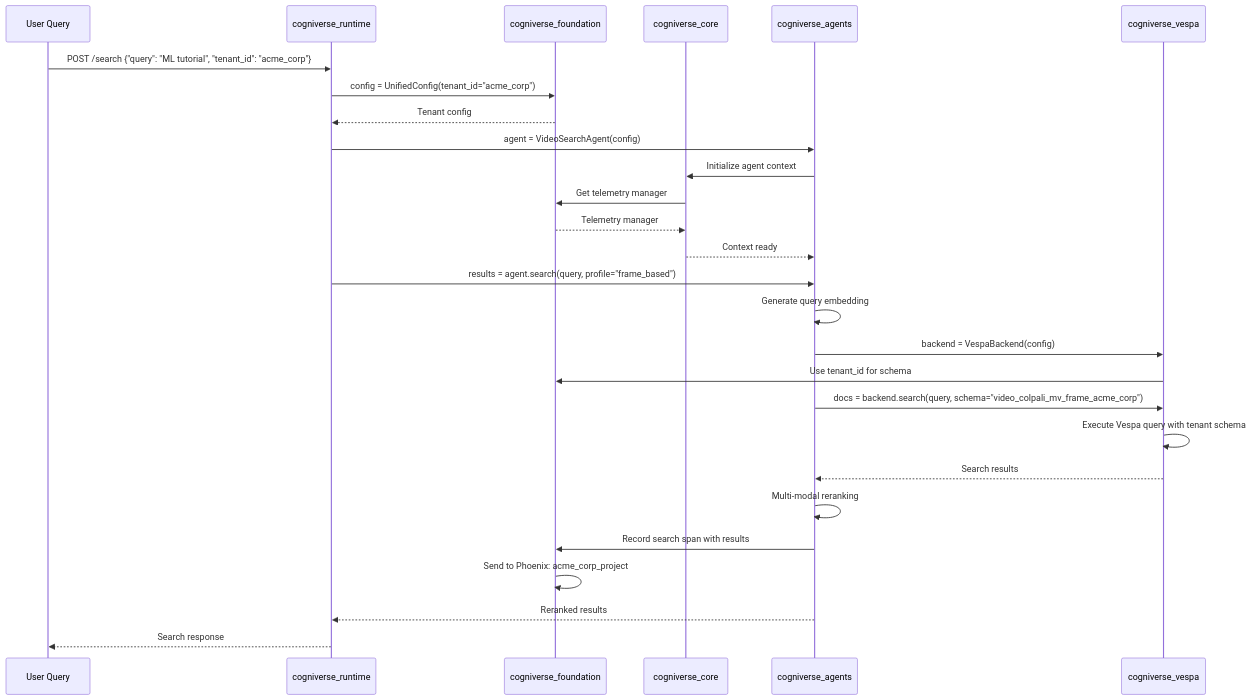
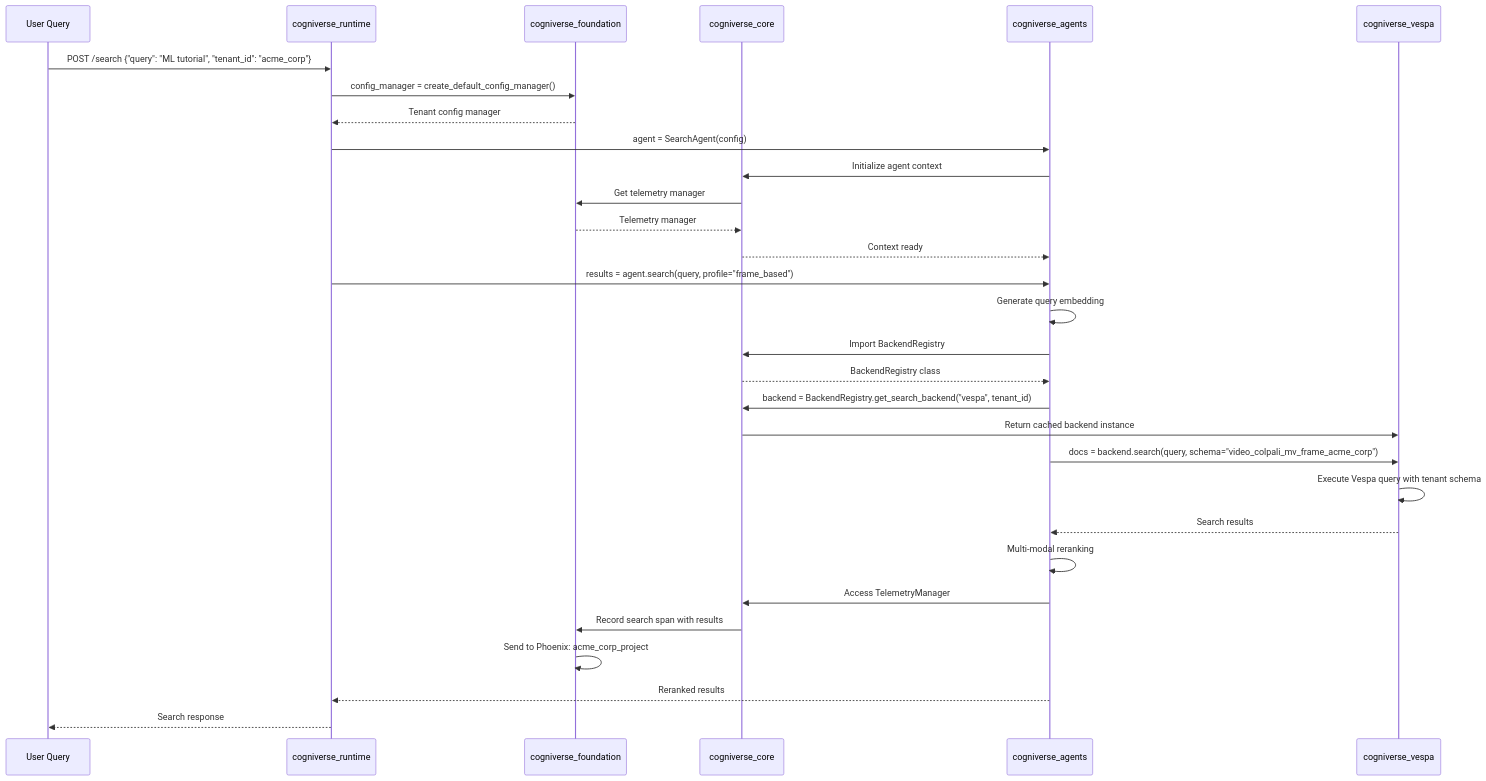
Before and after one commit to amit-jain/cogniverse: the tenth of 17 diagrams in docs/diagrams/sdk-architecture-diagrams.md, drawn with Mermaid. The commit also changed other lines of this file and 83 other files, not shown here.

First line of the commit message:
Fix documentation veracity, formatting, and diagrams across all modules

````diff
--- a/docs/diagrams/sdk-architecture-diagrams.md
+++ b/docs/diagrams/sdk-architecture-diagrams.md
@@ -508,38 +478,42 @@
 ```mermaid
 sequenceDiagram
     participant User as User Query
     participant Runtime as cogniverse_runtime
     participant Foundation as cogniverse_foundation
     participant Core as cogniverse_core
     participant Agents as cogniverse_agents
     participant Vespa as cogniverse_vespa
 
     User->>Runtime: POST /search {"query": "ML tutorial", "tenant_id": "acme_corp"}
 
-    Runtime->>Foundation: config = UnifiedConfig(tenant_id="acme_corp")
-    Foundation-->>Runtime: Tenant config
+    Runtime->>Foundation: config_manager = create_default_config_manager()
+    Foundation-->>Runtime: Tenant config manager
 
-    Runtime->>Agents: agent = VideoSearchAgent(config)
+    Runtime->>Agents: agent = SearchAgent(config)
     Agents->>Core: Initialize agent context
     Core->>Foundation: Get telemetry manager
     Foundation-->>Core: Telemetry manager
     Core-->>Agents: Context ready
 
     Runtime->>Agents: results = agent.search(query, profile="frame_based")
 
     Agents->>Agents: Generate query embedding
 
-    Agents->>Vespa: backend = VespaBackend(config)
-    Vespa->>Foundation: Use tenant_id for schema
+    Agents->>Core: Import BackendRegistry
+    Core-->>Agents: BackendRegistry class
+
+    Agents->>Core: backend = BackendRegistry.get_search_backend("vespa", tenant_id)
+    Core->>Vespa: Return cached backend instance
 
     Agents->>Vespa: docs = backend.search(query, schema="video_colpali_mv_frame_acme_corp")
     Vespa->>Vespa: Execute Vespa query with tenant schema
     Vespa-->>Agents: Search results
 
     Agents->>Agents: Multi-modal reranking
-    Agents->>Foundation: Record search span with results
+    Agents->>Core: Access TelemetryManager
+    Core->>Foundation: Record search span with results
     Foundation->>Foundation: Send to Phoenix: acme_corp_project
 
     Agents-->>Runtime: Reranked results
     Runtime-->>User: Search response
 ```
````
